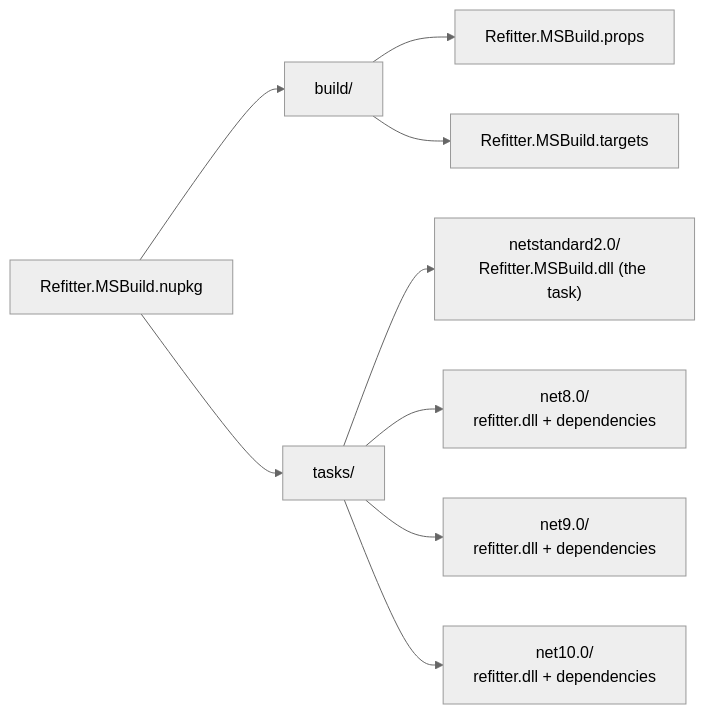
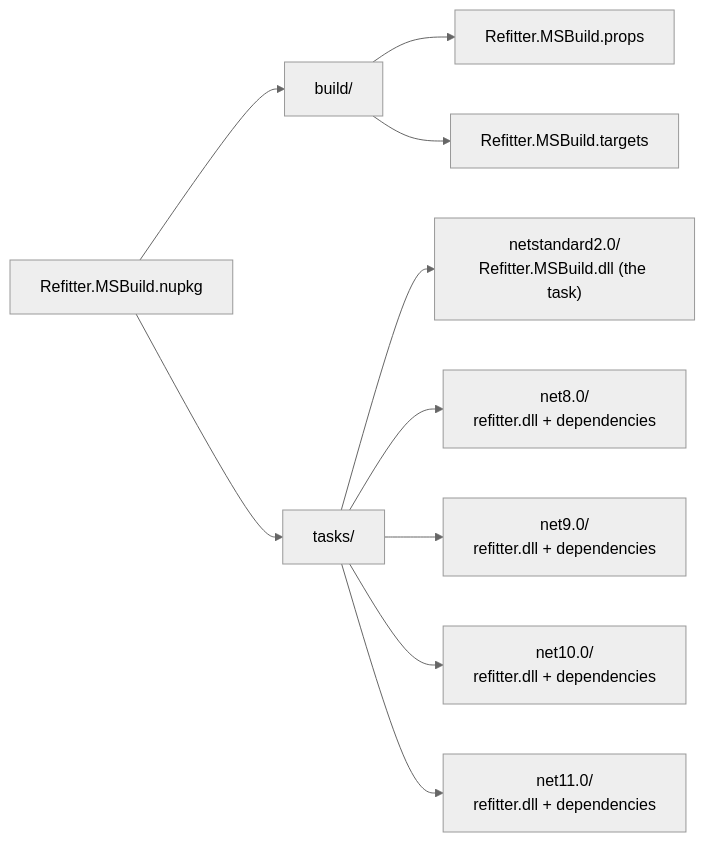
One commit to christianhelle/refitter changed the first of 4 diagrams in docs/docfx_project/articles/technical/msbuild-internals.md. Above: the diagram before and after it, drawn with Mermaid (neutral theme). The commit also changed other lines of this file and 4 other files, not shown here.

````diff
--- a/docs/docfx_project/articles/technical/msbuild-internals.md
+++ b/docs/docfx_project/articles/technical/msbuild-internals.md
@@ -9,11 +9,12 @@
 ```mermaid
 flowchart LR
     PKG["Refitter.MSBuild.nupkg"] --> BUILD["build/"]
     PKG --> TASKS["tasks/"]
     BUILD --> BP["Refitter.MSBuild.props"]
     BUILD --> BT["Refitter.MSBuild.targets"]
     TASKS --> TNS["netstandard2.0/<br/>Refitter.MSBuild.dll (the task)"]
     TASKS --> T8["net8.0/<br/>refitter.dll + dependencies"]
     TASKS --> T9["net9.0/<br/>refitter.dll + dependencies"]
     TASKS --> T10["net10.0/<br/>refitter.dll + dependencies"]
+    TASKS --> T11["net11.0/<br/>refitter.dll + dependencies"]
 ```
````
